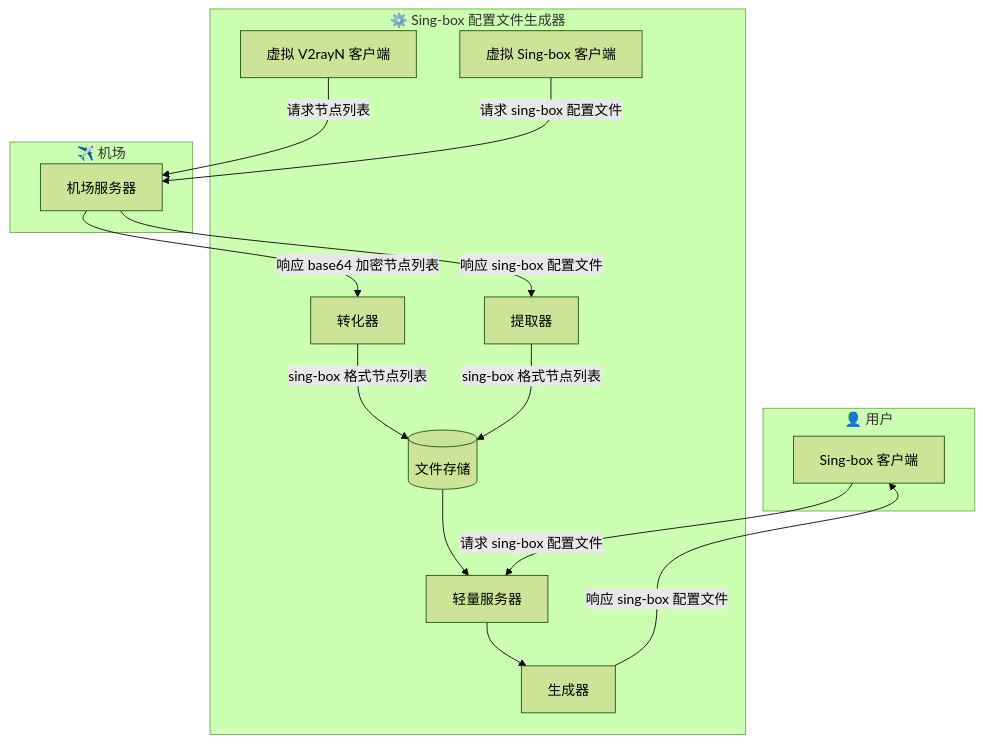
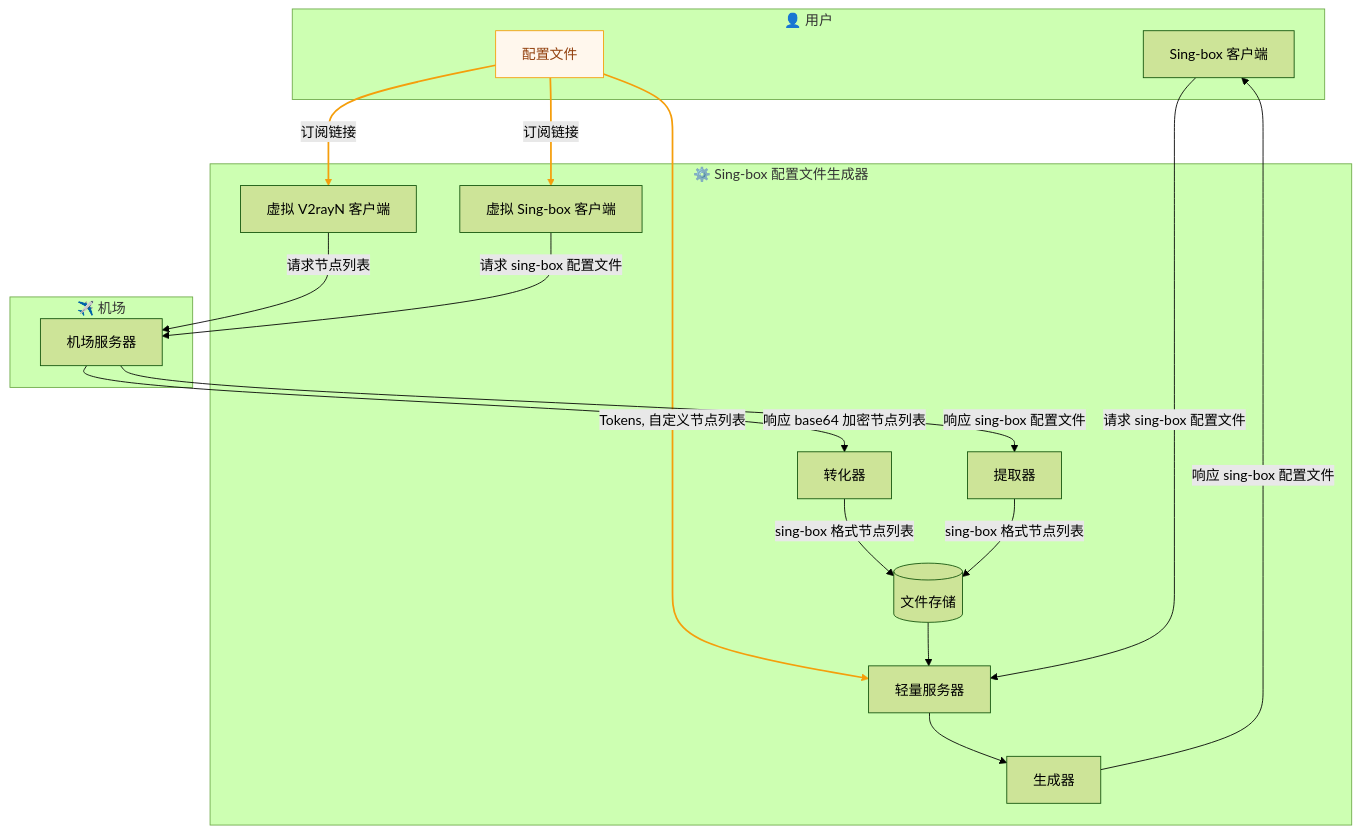
One commit to JJ-Jacko/sb_cfg_gen changed the diagram in README_zh_cn.md. Above: the diagram before and after it, drawn with Mermaid (forest theme). The commit also changed 2 other files, not shown here.

Commit message:
feat(README.Structure): Configuration file.

````diff
--- a/README_zh_cn.md
+++ b/README_zh_cn.md
@@ -44,34 +44,43 @@
 ```mermaid
 flowchart
     subgraph User["👤 用户"]
         sb_client["Sing-box 客户端"]
+        configuration["配置文件"]
     end
 
     subgraph System["⚙️ Sing-box 配置文件生成器"]
         virtual_v2rayn_client["虚拟 V2rayN 客户端"]
         virtual_sb_client["虚拟 Sing-box 客户端"]
         parser["转化器"]
         filter["提取器"]
         store[(文件存储)]
         lite_server["轻量服务器"]
         generator["生成器"]
     end
 
     subgraph Airport["✈️ 机场"]
         airport_server["机场服务器"]
     end
 
+    configuration -->|Tokens, 自定义节点列表| lite_server
+    configuration -->|订阅链接| virtual_v2rayn_client
+    configuration -->|订阅链接| virtual_sb_client
+
     virtual_v2rayn_client -->|请求节点列表| airport_server
     virtual_sb_client -->|请求 sing-box 配置文件| airport_server
 
     airport_server -->|响应 base64 加密节点列表| parser
     airport_server -->|响应 sing-box 配置文件| filter
 
     parser -->|sing-box 格式节点列表| store
     filter -->|sing-box 格式节点列表| store
 
     store --> lite_server
     sb_client -->|请求 sing-box 配置文件| lite_server
     lite_server --> generator
     generator -->|响应 sing-box 配置文件| sb_client
+
+    classDef orange fill:#FFF7ED,stroke:#F59E0B,color:#92400E;
+    class configuration orange;
+    linkStyle 0,1,2 stroke:#F59E0B,stroke-width:2px
 ```
````
